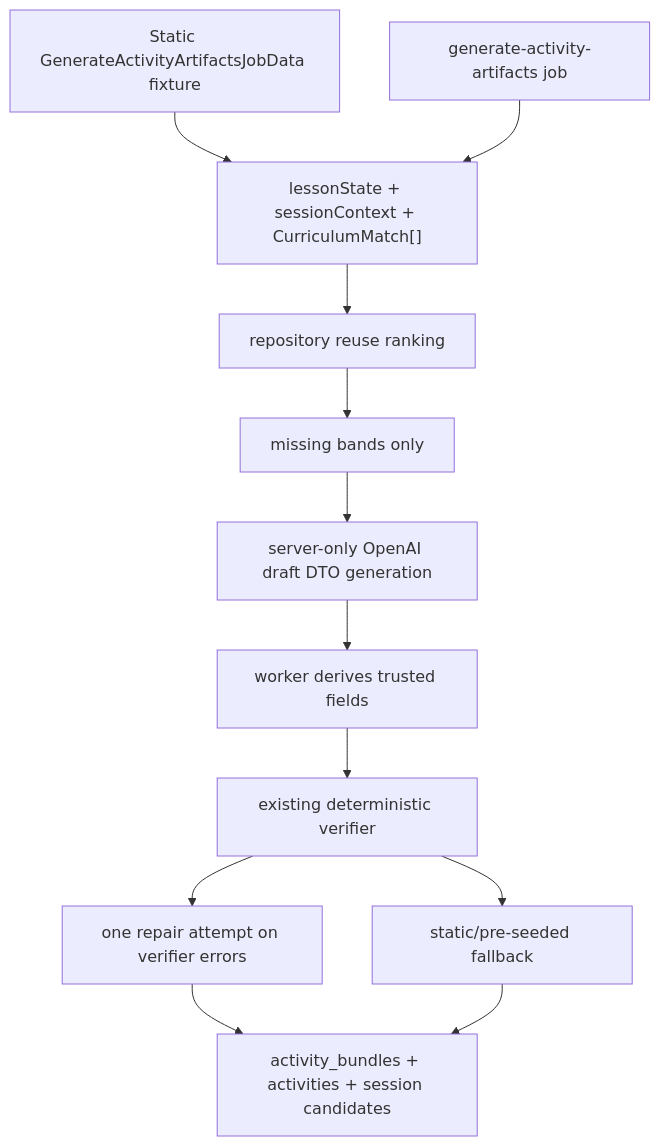
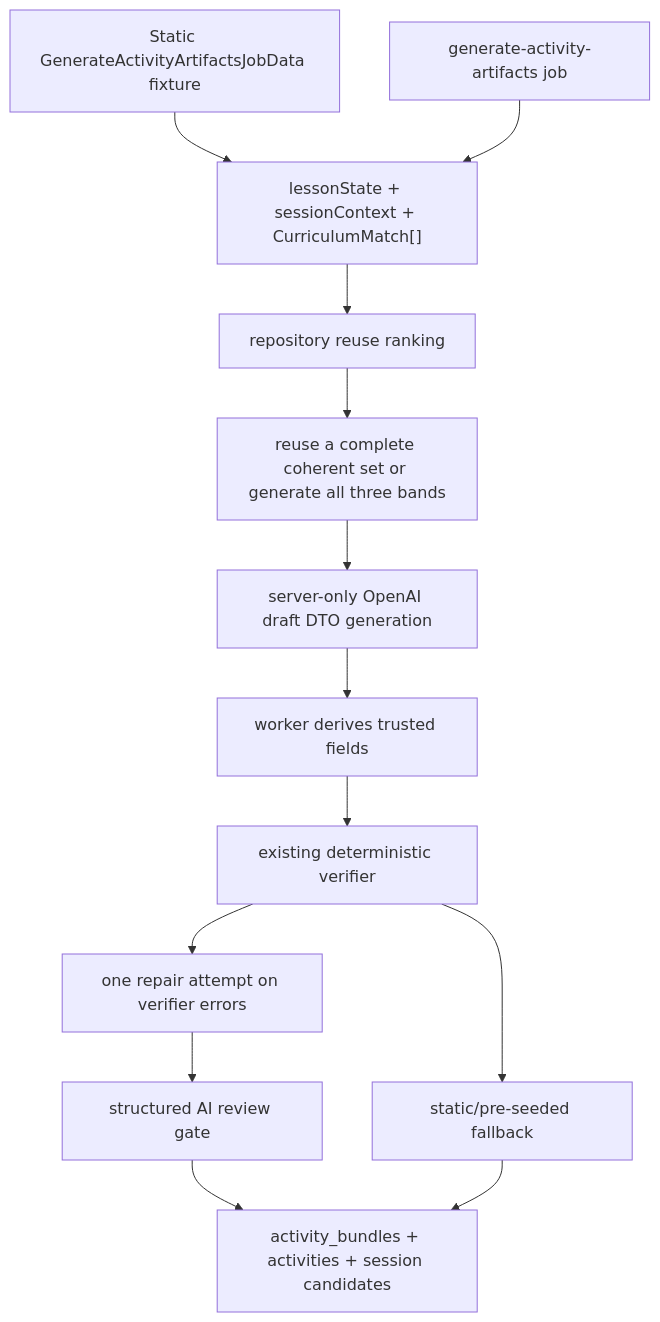
The diagram in docs/feature-plan.md (androso/kobi), drawn with Mermaid before and after one commit. The commit also changed other lines of this file and 18 other files, not shown here.

Commit message:
fix: address activity reusability review

````diff
--- a/docs/feature-plan.md
+++ b/docs/feature-plan.md
@@ -82,14 +82,15 @@
 ```mermaid
 flowchart TD
   staticPayload["Static GenerateActivityArtifactsJobData fixture"] --> generatorInput["lessonState + sessionContext + CurriculumMatch[]"]
   workerJob["generate-activity-artifacts job"] --> generatorInput
   generatorInput --> repoRank["repository reuse ranking"]
-  repoRank --> missingBands["missing bands only"]
-  missingBands --> openAiGen["server-only OpenAI draft DTO generation"]
+  repoRank --> completeSet["reuse a complete coherent set or generate all three bands"]
+  completeSet --> openAiGen["server-only OpenAI draft DTO generation"]
   openAiGen --> normalize["worker derives trusted fields"]
   normalize --> verify["existing deterministic verifier"]
   verify --> retry["one repair attempt on verifier errors"]
-  retry --> persist["activity_bundles + activities + session candidates"]
+  retry --> aiReview["structured AI review gate"]
+  aiReview --> persist["activity_bundles + activities + session candidates"]
   verify --> fallback["static/pre-seeded fallback"]
   fallback --> persist
 ```
````
